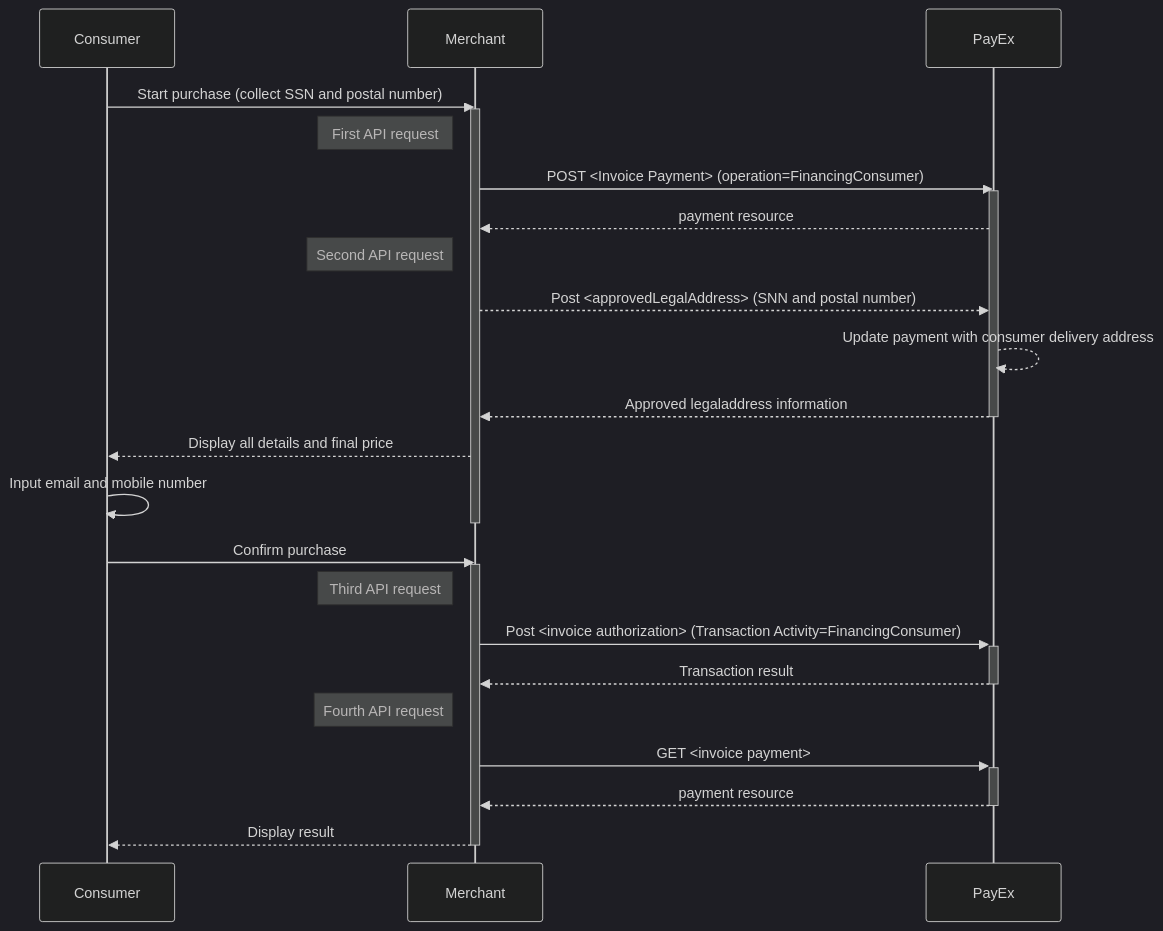
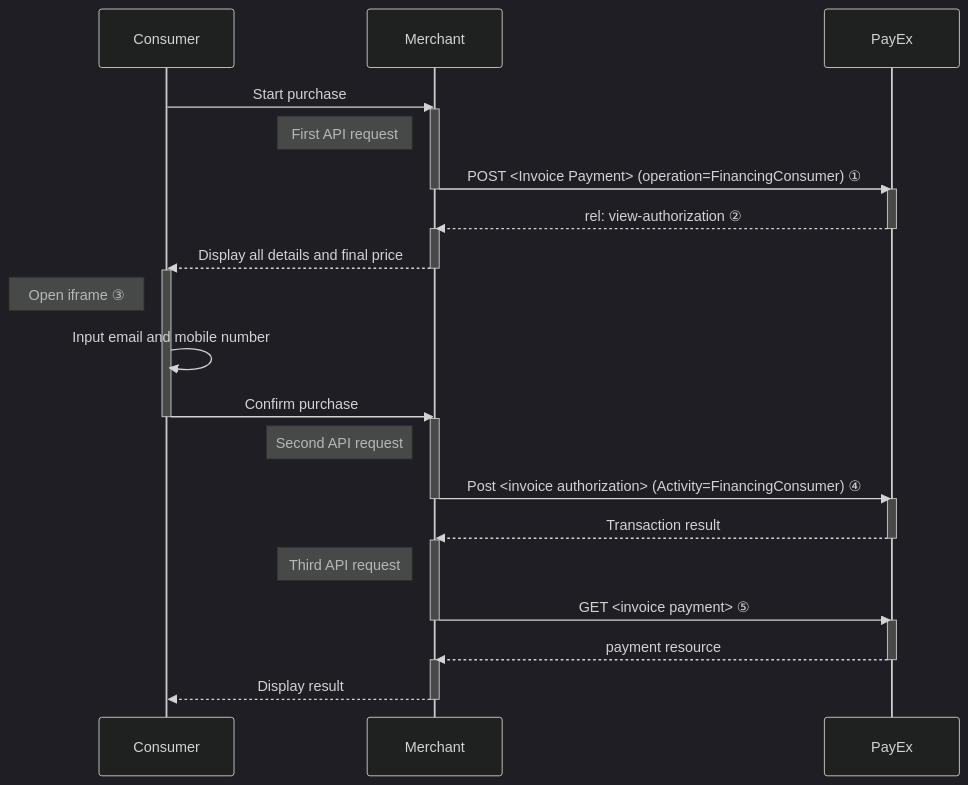
One commit to SwedbankPay/developer.swedbankpay.com changed the diagram in payments/invoice/seamless-view.md. Above: the diagram before and after it, drawn with Mermaid (dark theme). The commit also changed other lines of this file, not shown here.

Commit message:
DX-454 Added jumbotron intro. Editing intro. Moved and fixed purchase flow. Added explainations to sequence diagram. Added links

````diff
--- a/payments/invoice/seamless-view.md
+++ b/payments/invoice/seamless-view.md
@@ -91,27 +46,27 @@
 ```mermaid
 sequenceDiagram
-    Consumer->>Merchant: Start purchase (collect SSN and postal number)
+    Consumer->>Merchant: Start purchase
     activate Merchant
     note left of Merchant: First API request
-    Merchant->>PayEx: POST <Invoice Payment> (operation=FinancingConsumer)
+    Merchant->>-PayEx: POST <Invoice Payment> (operation=FinancingConsumer) ①
     activate PayEx
-    PayEx-->>Merchant: payment resource
+    PayEx-->>-Merchant: rel: view-authorization ②
+    activate Merchant
+    Merchant-->>-Consumer: Display all details and final price
+    activate Consumer
+    note left of Consumer: Open iframe ③
+    Consumer->>Consumer: Input email and mobile number
+    Consumer->>-Merchant: Confirm purchase
+    activate Merchant
     note left of Merchant: Second API request
-    Merchant-->>PayEx: Post <approvedLegalAddress> (SNN and postal number)
-    PayEx-->>PayEx: Update payment with consumer delivery address
-    PayEx-->>Merchant: Approved legaladdress information
-    deactivate PayEx
-    Merchant-->>Consumer: Display all details and final price
-    Consumer->>Consumer: Input email and mobile number
-    deactivate Merchant
-    Consumer->>Merchant: Confirm purchase
+    Merchant->>-PayEx: Post <invoice authorization> (Activity=FinancingConsumer) ④
+    activate PayEx
+    PayEx-->>-Merchant: Transaction result
     activate Merchant
     note left of Merchant: Third API request
-    Merchant->>+PayEx: Post <invoice authorization> (Transaction Activity=FinancingConsumer)
-    PayEx-->>-Merchant: Transaction result
-    note left of Merchant: Fourth API request
-    Merchant->>+PayEx: GET <invoice payment>
+    Merchant->>-PayEx: GET <invoice payment> ⑤
+    activate PayEx
     PayEx-->>-Merchant: payment resource
-    Merchant-->>Consumer: Display result
-    deactivate Merchant
+    activate Merchant
+    Merchant-->>-Consumer: Display result
 ```
````
